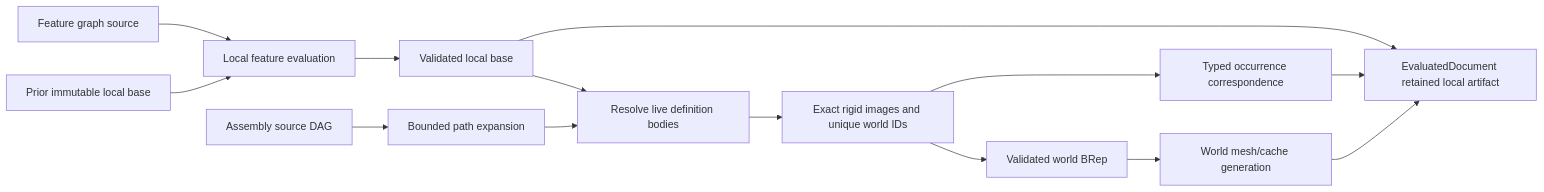
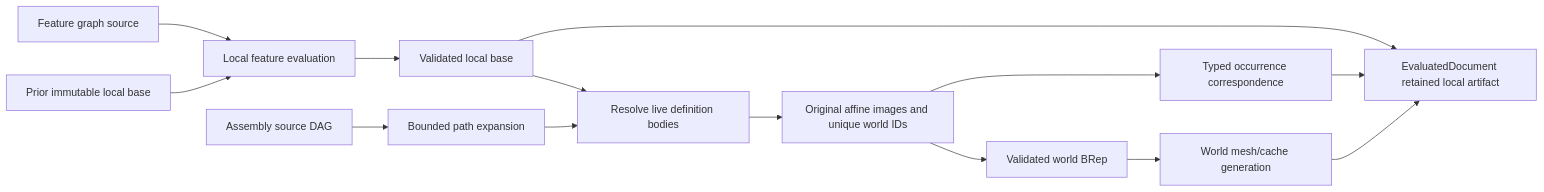
The diagram in Sources/CADKernel/AssemblyEvaluation/DESIGN.md (1amageek/swift-CAD), drawn with Mermaid before and after one commit. The commit also changed other lines of this file and 2388 other files, not shown here.

````diff
--- a/Sources/CADKernel/AssemblyEvaluation/DESIGN.md
+++ b/Sources/CADKernel/AssemblyEvaluation/DESIGN.md
@@ -42,16 +42,16 @@
 ```mermaid
 flowchart LR
     Source[Feature graph source] --> Engine[Local feature evaluation]
     Prior[Prior immutable local base] --> Engine
     Engine --> Local[Validated local base]
     DAG[Assembly source DAG] --> Expand[Bounded path expansion]
     Local --> Resolve[Resolve live definition bodies]
     Expand --> Resolve
-    Resolve --> Transform[Exact rigid images and unique world IDs]
+    Resolve --> Transform[Original affine images and unique world IDs]
     Transform --> World[Validated world BRep]
     Transform --> Index[Typed occurrence correspondence]
     World --> Mesh[World mesh/cache generation]
     Local --> Snapshot[EvaluatedDocument retained local artifact]
     Index --> Snapshot
     Mesh --> Snapshot
 ```
````
